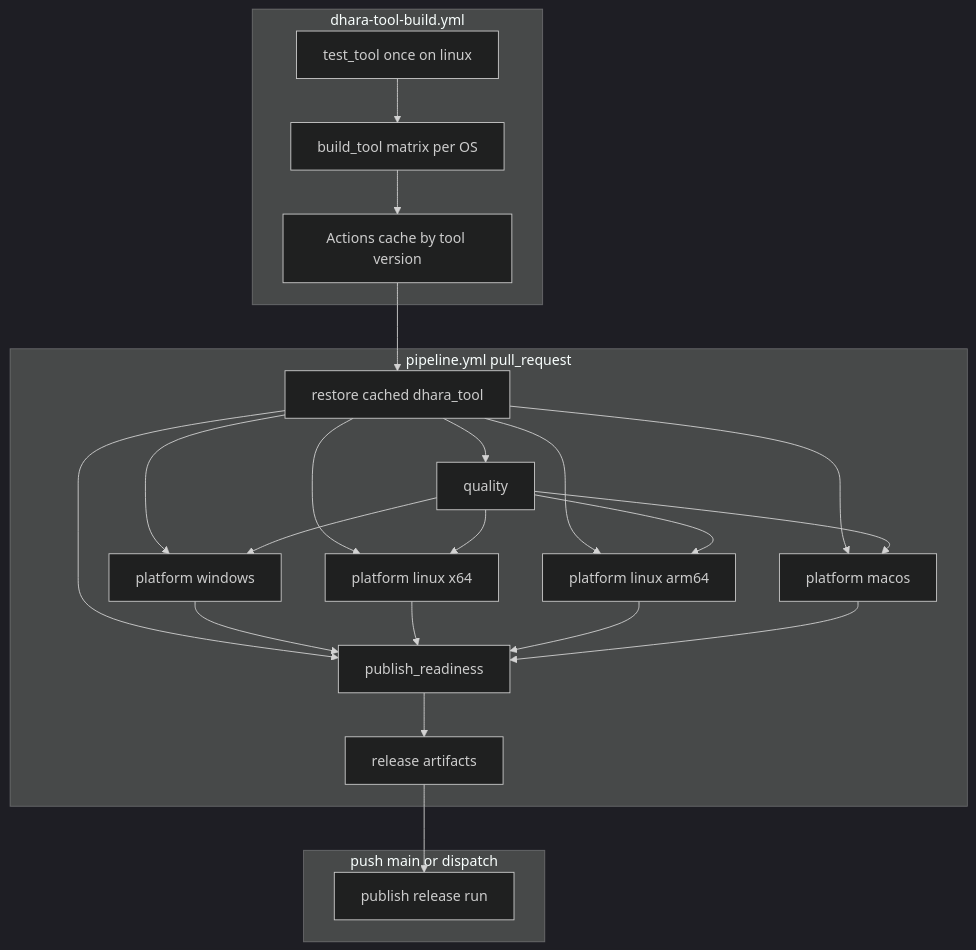
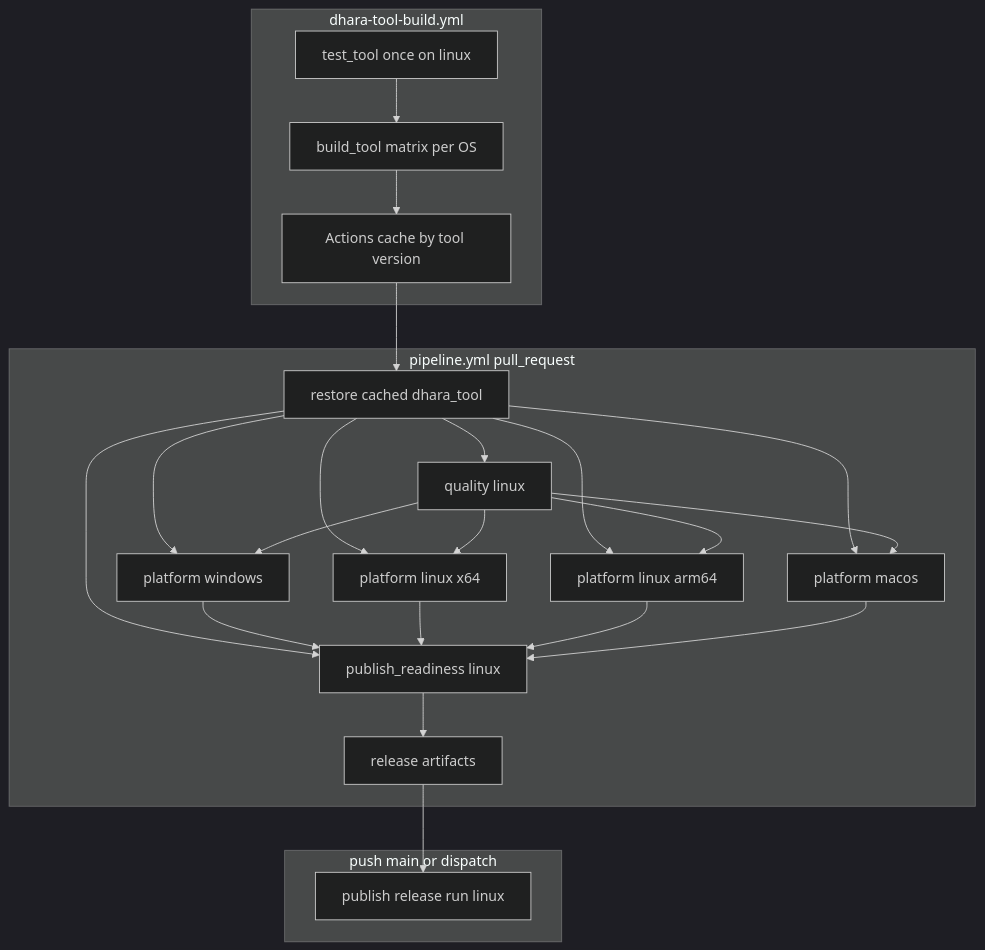
One commit to D-Naveenz/dhara_storage changed the diagram in docs/ci-cd-pipelines.md. Above: the diagram before and after it, drawn with Mermaid (dark theme). The commit also changed other lines of this file and 3 other files, not shown here.

````diff
--- a/docs/ci-cd-pipelines.md
+++ b/docs/ci-cd-pipelines.md
@@ -19,28 +19,28 @@
 ```mermaid
 flowchart TB
   subgraph tool_build ["dhara-tool-build.yml"]
     TT[test_tool once on linux]
     TB[build_tool matrix per OS]
     CACHE[Actions cache by tool version]
     TT --> TB --> CACHE
   end
 
   subgraph pr ["pipeline.yml pull_request"]
     RST[restore cached dhara_tool]
-    Q[quality]
+    Q[quality linux]
     PW[platform windows]
     PL[platform linux x64]
     PLA[platform linux arm64]
     PM[platform macos]
-    PR[publish_readiness]
+    PR[publish_readiness linux]
     CACHE --> RST
     RST --> Q & PW & PL & PLA & PM & PR
     Q --> PW & PL & PLA & PM --> PR
     PR --> ART[release artifacts]
   end
 
   subgraph cd ["push main or dispatch"]
-    PUB[publish release run]
+    PUB[publish release run linux]
     ART --> PUB
   end
 ```
````
